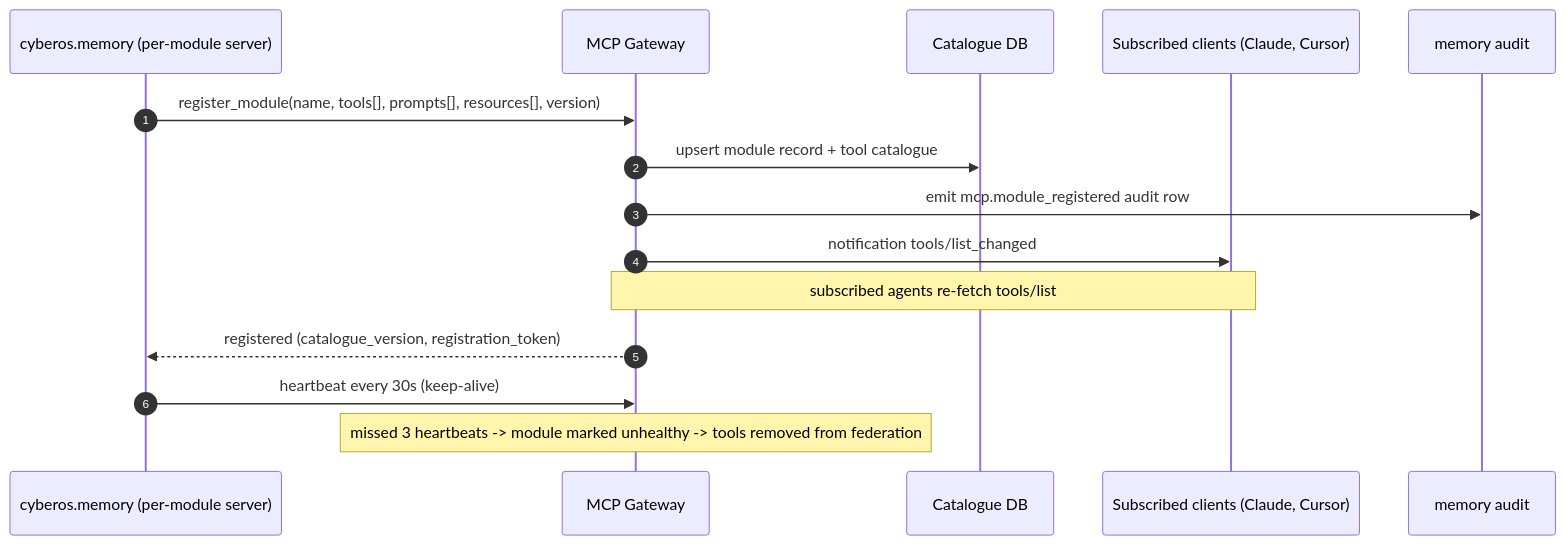
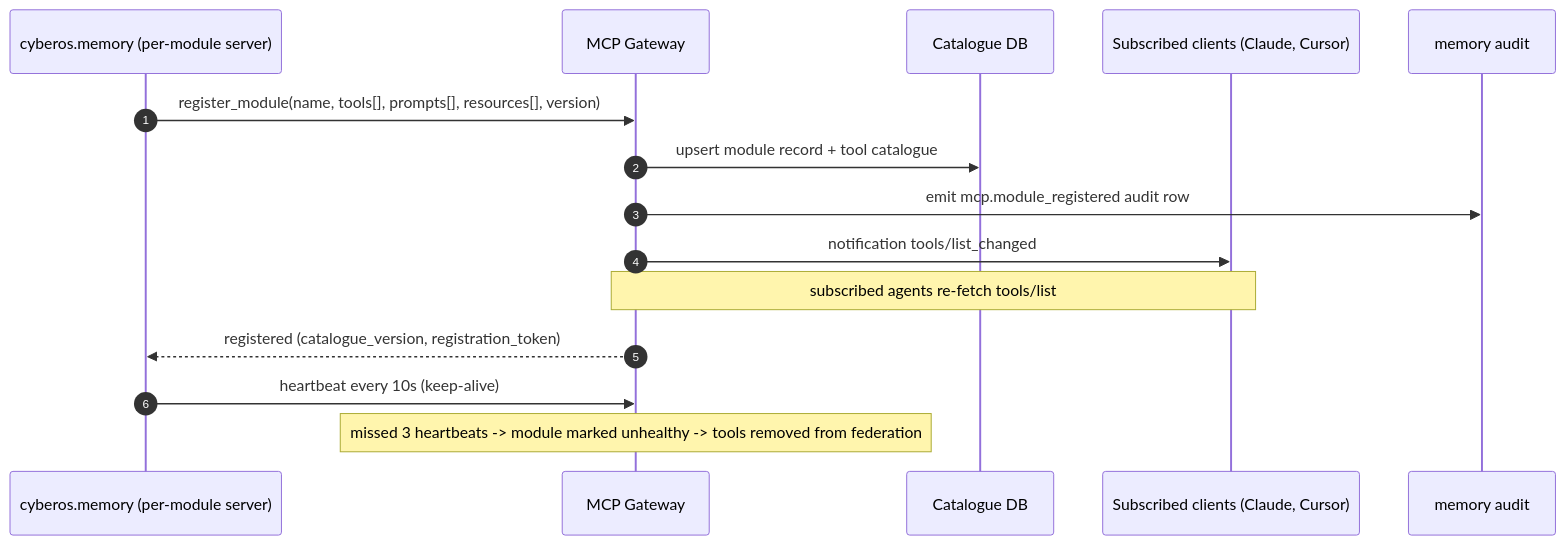
The second of 11 diagrams in services/mcp-gateway/docs/index.md (cyberskill-official/cyberos), drawn with Mermaid before and after one commit. The commit also changed other lines of this file and 20 other files, not shown here.

````diff
--- a/services/mcp-gateway/docs/index.md
+++ b/services/mcp-gateway/docs/index.md
@@ -158,17 +158,17 @@
 ```mermaid
 sequenceDiagram
   autonumber
   participant M as cyberos.memory (per-module server)
   participant G as MCP Gateway
   participant DB as Catalogue DB
   participant CL as Subscribed clients (Claude, Cursor)
   participant BR as memory audit
   M->>G: register_module(name, tools[], prompts[], resources[], version)
   G->>DB: upsert module record + tool catalogue
   G->>BR: emit mcp.module_registered audit row
   G->>CL: notification tools/list_changed
   Note over G,CL: subscribed agents re-fetch tools/list
   G-->>M: registered (catalogue_version, registration_token)
-  M->>G: heartbeat every 30s (keep-alive)
+  M->>G: heartbeat every 10s (keep-alive)
   Note over G: missed 3 heartbeats -> module marked unhealthy -> tools removed from federation
 ```
````
